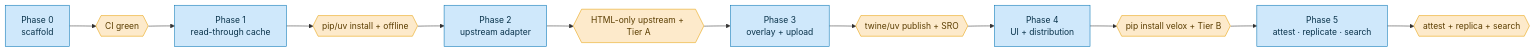
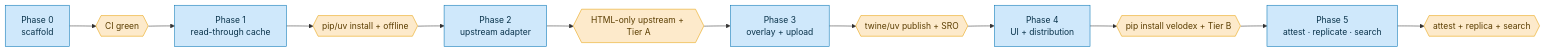
The fifth of 5 diagrams in proposal.md (tox-dev/velodex), drawn with Mermaid before and after one commit. The commit also changed other lines of this file and 169 other files, not shown here.

````diff
--- a/proposal.md
+++ b/proposal.md
@@ -858,12 +861,12 @@
 ```mermaid
 flowchart LR
     P0["Phase 0<br/>scaffold"]:::p --> G0{{"CI green"}}:::g
     G0 --> P1["Phase 1<br/>read-through cache"]:::p --> G1{{"pip/uv install + offline"}}:::g
     G1 --> P2["Phase 2<br/>upstream adapter"]:::p --> G2{{"HTML-only upstream + Tier A"}}:::g
     G2 --> P3["Phase 3<br/>overlay + upload"]:::p --> G3{{"twine/uv publish + SRO"}}:::g
-    G3 --> P4["Phase 4<br/>UI + distribution"]:::p --> G4{{"pip install velox + Tier B"}}:::g
+    G3 --> P4["Phase 4<br/>UI + distribution"]:::p --> G4{{"pip install velodex + Tier B"}}:::g
     G4 --> P5["Phase 5<br/>attest · replicate · search"]:::p --> G5{{"attest + replica + search"}}:::g
 
     classDef p fill:#cfe8fb,stroke:#0072b2,color:#08324a;
     classDef g fill:#fdeacb,stroke:#e69f00,color:#5a3d00;
 ```
````
